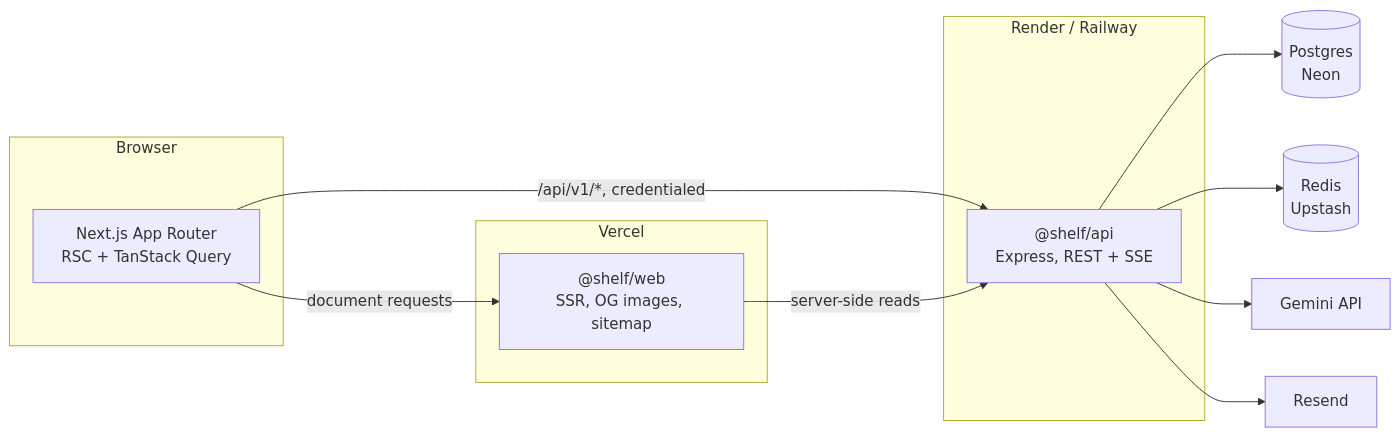
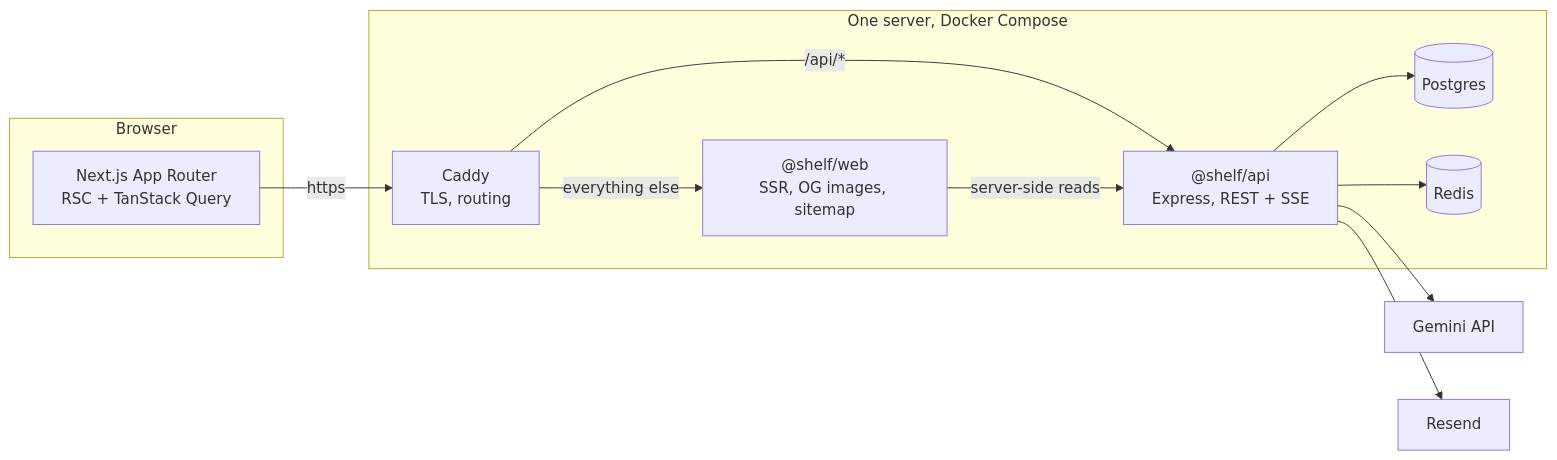
The first of 2 diagrams in README.md (mhdajfer/Shelf), drawn with Mermaid before and after one commit. The commit also changed other lines of this file, not shown here.

First line of the commit message:
docs(readme): link the live site and document the single-server deploy

````diff
--- a/README.md
+++ b/README.md
@@ -24,27 +45,26 @@
 ```mermaid
 flowchart LR
   subgraph Browser
     UI["Next.js App Router<br/>RSC + TanStack Query"]
   end
 
-  subgraph "Vercel"
+  subgraph "One server, Docker Compose"
+    CADDY["Caddy<br/>TLS, routing"]
     WEB["@shelf/web<br/>SSR, OG images, sitemap"]
+    API["@shelf/api<br/>Express, REST + SSE"]
+    PG[("Postgres")]
+    RD[("Redis")]
   end
 
-  subgraph "Render / Railway"
-    API["@shelf/api<br/>Express, REST + SSE"]
-  end
-
-  PG[("Postgres<br/>Neon")]
-  RD[("Redis<br/>Upstash")]
   GEM["Gemini API"]
   MAIL["Resend"]
 
-  UI -->|"document requests"| WEB
-  UI -->|"/api/v1/*, credentialed"| API
+  UI -->|"https"| CADDY
+  CADDY -->|"/api/*"| API
+  CADDY -->|"everything else"| WEB
   WEB -->|"server-side reads"| API
   API --> PG
   API --> RD
   API --> GEM
   API --> MAIL
 ```
````
